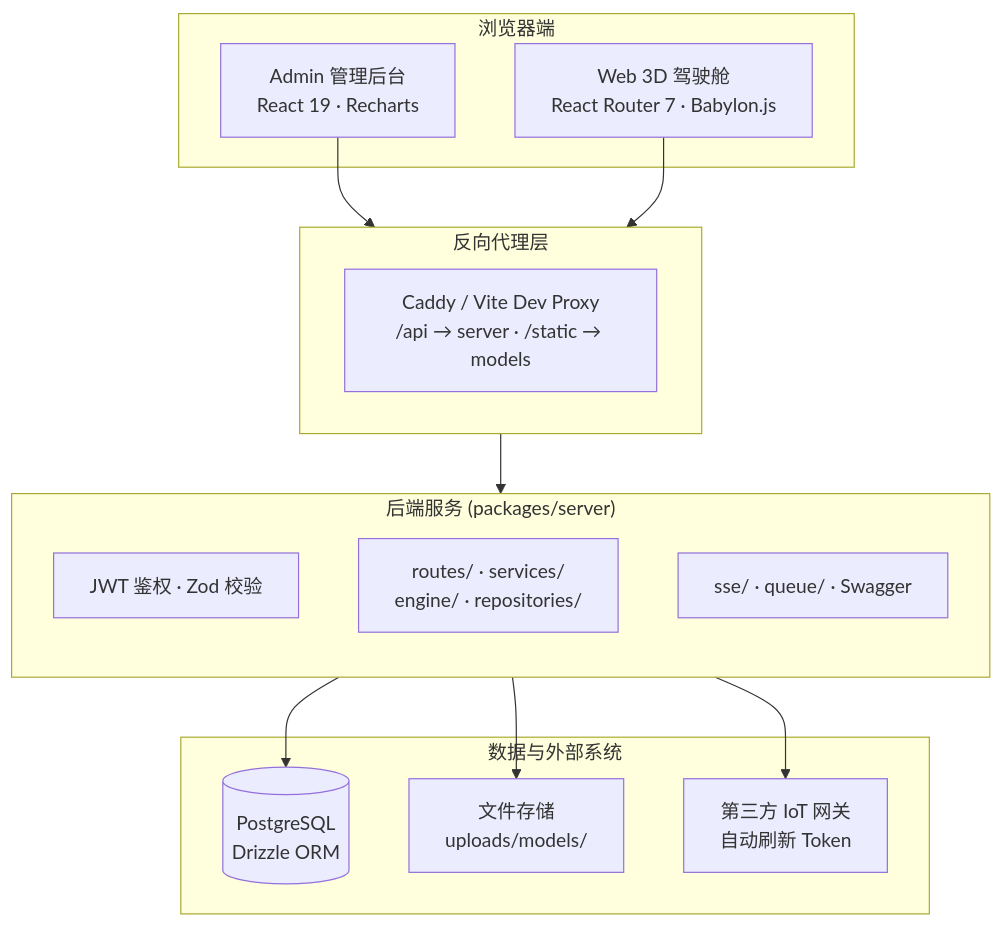
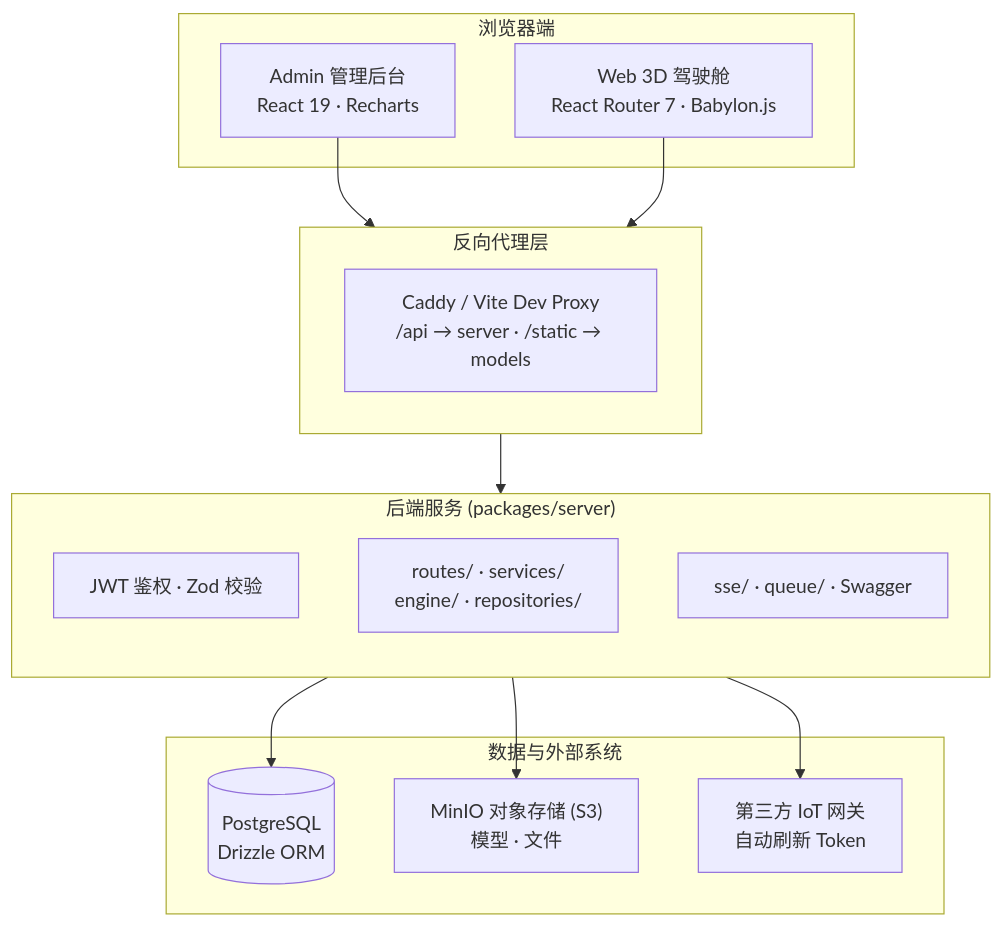
The diagram in apps/docs/reference/architecture/overview.md (hyooeewee/ecoctrl), drawn with Mermaid before and after one commit. The commit also changed 3 other files, not shown here.

Commit message:
feat(docs): enhance architecture documentation with updated diagrams and descriptions

````diff
--- a/apps/docs/reference/architecture/overview.md
+++ b/apps/docs/reference/architecture/overview.md
@@ -10,31 +10,31 @@
 ```mermaid
 flowchart TB
     subgraph Browser["浏览器端"]
         Admin["Admin 管理后台<br/>React 19 · Recharts"]
         Web["Web 3D 驾驶舱<br/>React Router 7 · Babylon.js"]
     end
 
     subgraph Proxy["反向代理层"]
         Caddy["Caddy / Vite Dev Proxy<br/>/api → server · /static → models"]
     end
 
     subgraph Server["后端服务 (packages/server)"]
         direction TB
         Auth["JWT 鉴权 · Zod 校验"]
         Routes["routes/ · services/<br/>engine/ · repositories/"]
         Infra["sse/ · queue/ · Swagger"]
     end
 
     subgraph Storage["数据与外部系统"]
         PG[("PostgreSQL<br/>Drizzle ORM")]
-        Uploads["文件存储<br/>uploads/models/"]
+        MinIO["MinIO 对象存储 (S3)<br/>模型 · 文件"]
         IoT["第三方 IoT 网关<br/>自动刷新 Token"]
     end
 
     Admin --> Proxy
     Web --> Proxy
     Proxy --> Server
     Server --> PG
-    Server --> Uploads
+    Server --> MinIO
     Server --> IoT
 ```
````
